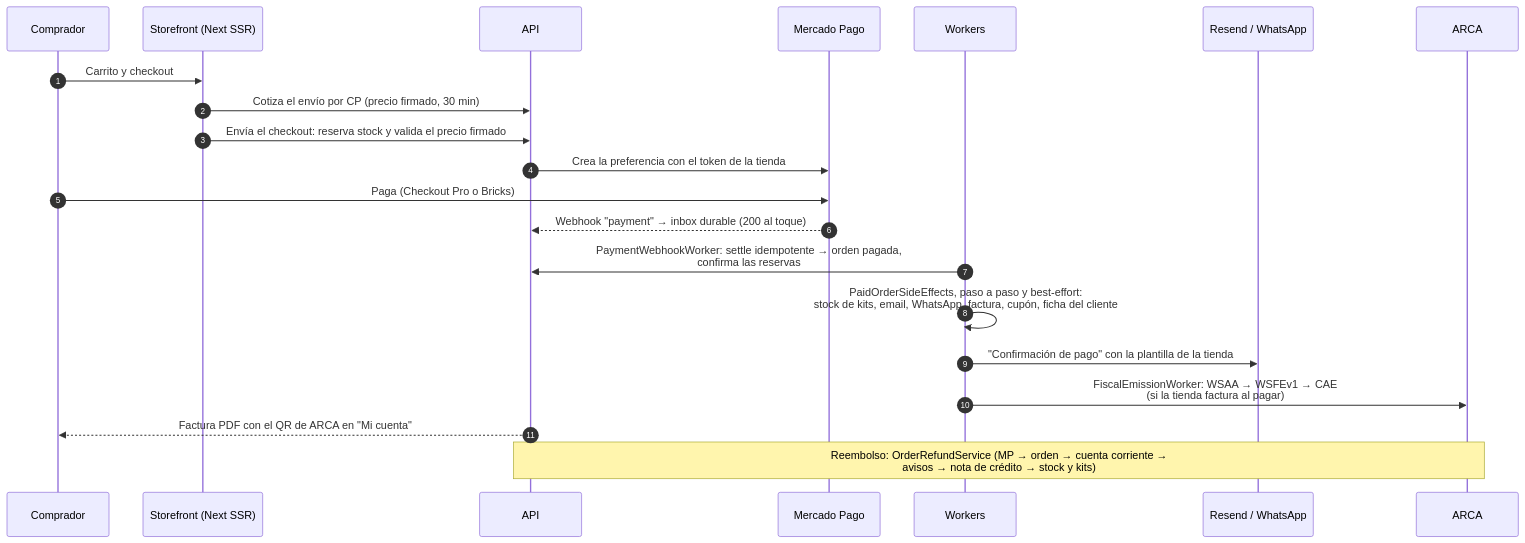
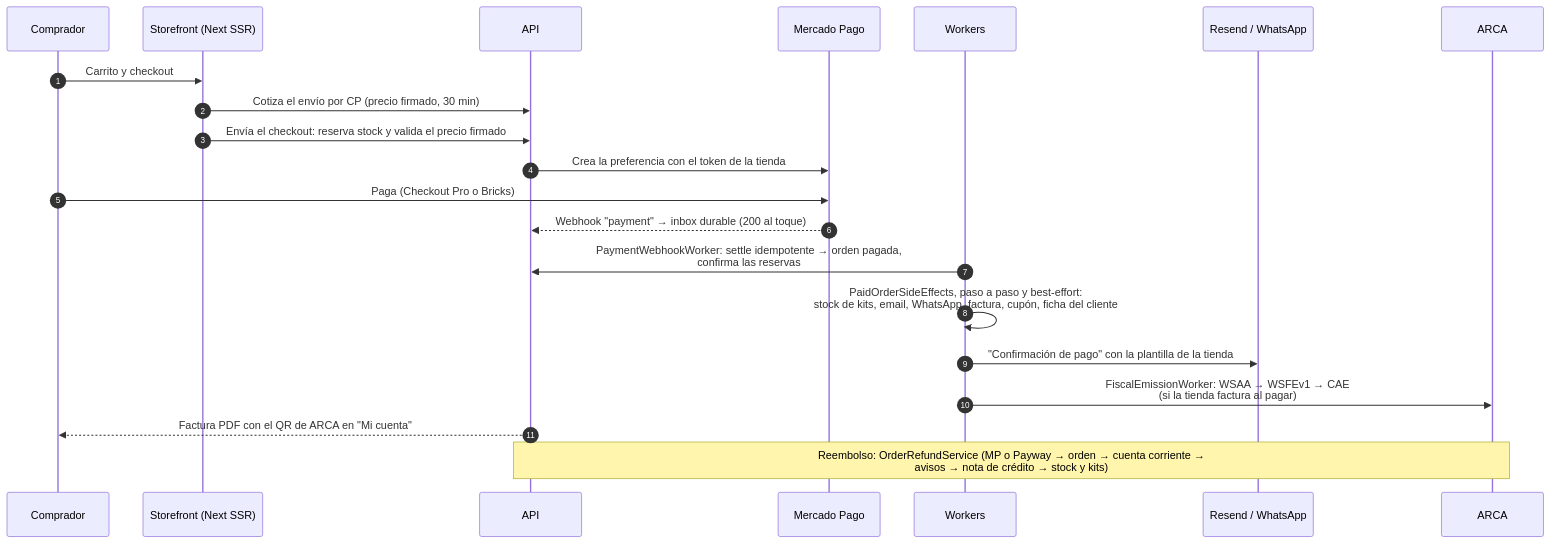
The fourth of 5 diagrams in docs/ARQUITECTURA-VISUAL.md (alanshalem/tiendafy), drawn with Mermaid before and after one commit. The commit also changed other lines of this file and 3 other files, not shown here.

````diff
--- a/docs/ARQUITECTURA-VISUAL.md
+++ b/docs/ARQUITECTURA-VISUAL.md
@@ -233,24 +234,24 @@
 ```mermaid
 sequenceDiagram
     autonumber
     participant C as Comprador
     participant S as Storefront (Next SSR)
     participant A as API
     participant MP as Mercado Pago
     participant W as Workers
     participant N as Resend / WhatsApp
     participant AR as ARCA
 
     C->>S: Carrito y checkout
     S->>A: Cotiza el envío por CP (precio firmado, 30 min)
     S->>A: Envía el checkout: reserva stock y valida el precio firmado
     A->>MP: Crea la preferencia con el token de la tienda
     C->>MP: Paga (Checkout Pro o Bricks)
     MP-->>A: Webhook "payment" → inbox durable (200 al toque)
     W->>A: PaymentWebhookWorker: settle idempotente → orden pagada,<br/>confirma las reservas
     W->>W: PaidOrderSideEffects, paso a paso y best-effort:<br/>stock de kits, email, WhatsApp, factura, cupón, ficha del cliente
     W->>N: "Confirmación de pago" con la plantilla de la tienda
     W->>AR: FiscalEmissionWorker: WSAA → WSFEv1 → CAE<br/>(si la tienda factura al pagar)
     A-->>C: Factura PDF con el QR de ARCA en "Mi cuenta"
-    Note over A,AR: Reembolso: OrderRefundService (MP → orden → cuenta corriente →<br/>avisos → nota de crédito → stock y kits)
+    Note over A,AR: Reembolso: OrderRefundService (MP o Payway → orden → cuenta corriente →<br/>avisos → nota de crédito → stock y kits)
 ```
````
